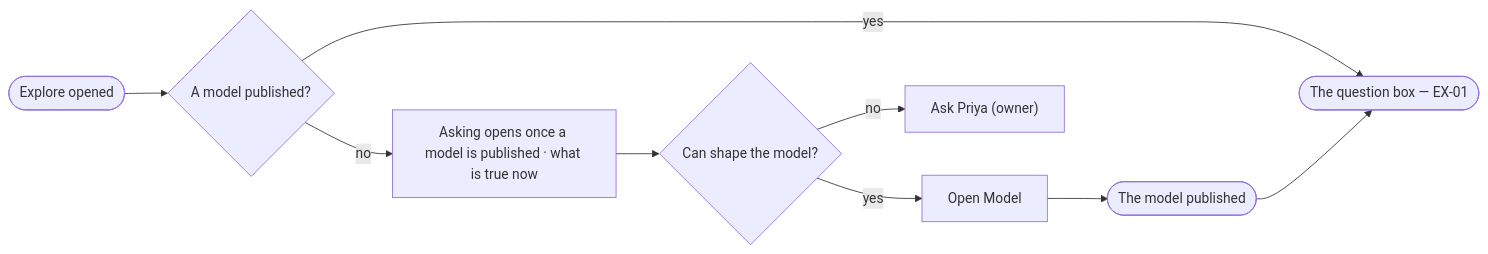
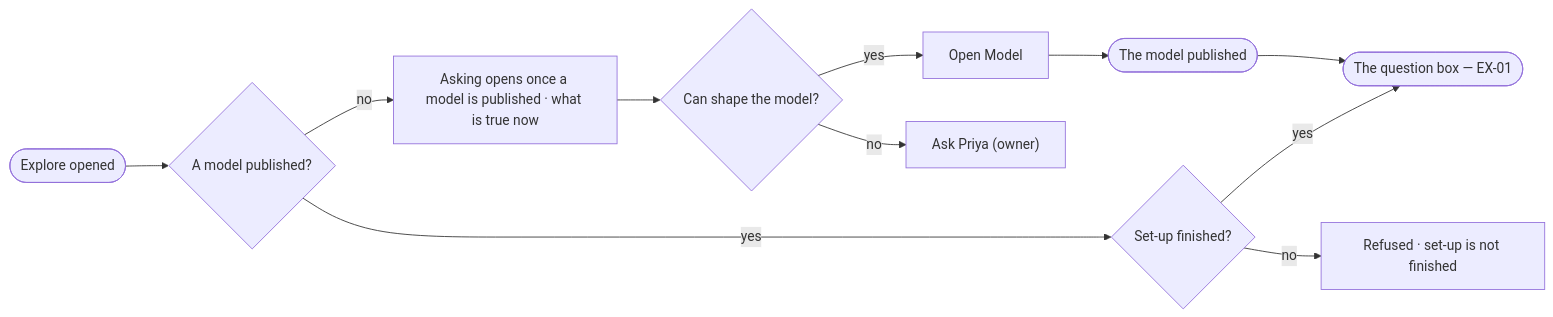
The diagram in specs/capabilities/explore/features/EX-F03-ask-a-question/stories/EX-11-know-what-opens-asking/story.md (invana/invana), drawn with Mermaid before and after one commit. The commit also changed other lines of this file and 637 other files, not shown here.

````diff
--- a/specs/capabilities/explore/features/EX-F03-ask-a-question/stories/EX-11-know-what-opens-asking/story.md
+++ b/specs/capabilities/explore/features/EX-F03-ask-a-question/stories/EX-11-know-what-opens-asking/story.md
@@ -26,9 +26,11 @@
 ```mermaid
 flowchart LR
   a([Explore opened]) --> p{A model published?}
-  p -->|yes| box(["The question box — EX-01"])
+  p -->|yes| su{Set-up finished?}
+  su -->|yes| box(["The question box — EX-01"])
+  su -->|no| sn["Refused · set-up is not finished"]
   p -->|no| l["Asking opens once a model is published · what is true now"]
   l --> g{Can shape the model?}
   g -->|yes| m["Open Model"] --> pub([The model published]) --> box
   g -->|no| ask["Ask Priya (owner)"]
 ```
````
